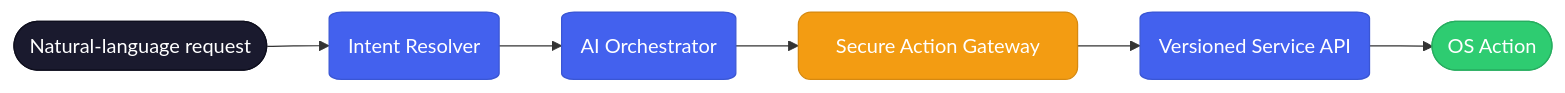
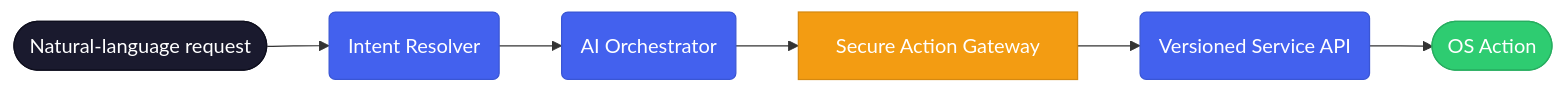
One commit to abalmalvez-lab/AntOS changed the first of 3 diagrams in AntOS-Technical-Documentation-A-Architecture.md. Above: the diagram before and after it, drawn with Mermaid. The commit also changed other lines of this file, not shown here.

Commit message:
docs: make mermaid GitHub-compatible (class statements instead of :::)

````diff
--- a/AntOS-Technical-Documentation-A-Architecture.md
+++ b/AntOS-Technical-Documentation-A-Architecture.md
@@ -79,13 +79,17 @@
 ```mermaid
 flowchart LR
-    classDef terminal fill:#1a1a2e,stroke:#0f0f1e,color:#fff,rx:20
-    classDef process fill:#4361ee,stroke:#3a56d4,color:#fff,rx:10
-    classDef gateway fill:#f39c12,stroke:#d68910,color:#fff,rx:10
-    classDef action fill:#2ecc71,stroke:#27ae60,color:#fff,rx:10
+    classDef terminal fill:#1a1a2e,stroke:#0f0f1e,color:#fff
+    classDef process fill:#4361ee,stroke:#3a56d4,color:#fff
+    classDef gateway fill:#f39c12,stroke:#d68910,color:#fff
+    classDef action fill:#2ecc71,stroke:#27ae60,color:#fff
 
-    req([Natural-language request]):::terminal --> resolver(Intent Resolver):::process
-    resolver --> orchestrator(AI Orchestrator):::process
-    orchestrator --> sag[Secure Action Gateway]:::gateway
-    sag --> api(Versioned Service API):::process
-    api --> os([OS Action]):::action
+    req([Natural-language request]) --> resolver(Intent Resolver)
+    resolver --> orchestrator(AI Orchestrator)
+    orchestrator --> sag[Secure Action Gateway]
+    sag --> api(Versioned Service API)
+    api --> os([OS Action])
+    class req terminal
+    class resolver,orchestrator,api process
+    class sag gateway
+    class os action
 ```
````
